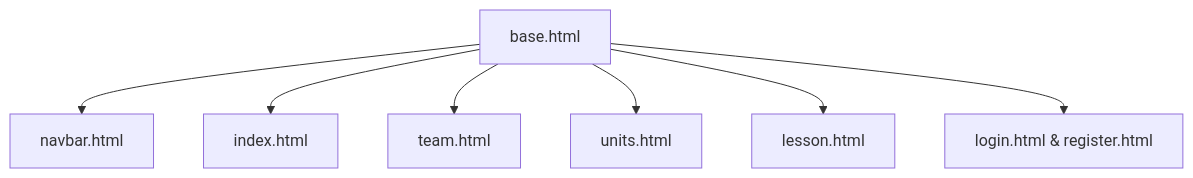
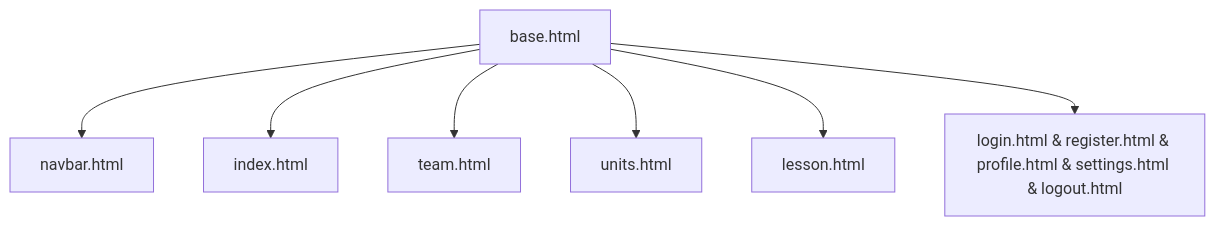
One commit to MICodeProjects/robosite changed the fifth of 5 diagrams in README.md. Above: the diagram before and after it, drawn with Mermaid. The commit also changed other lines of this file and 35 other files, not shown here.

````diff
--- a/README.md
+++ b/README.md
@@ -358,9 +380,9 @@
 ```mermaid
 graph TB
     base[base.html] --> navbar[navbar.html]
     base --> index[index.html]
     base --> teams[team.html]
     base --> units[units.html]
     base --> lessons[lesson.html]
-    base --> auth[login.html & register.html]
+    base --> auth[login.html & register.html & profile.html & settings.html & logout.html]
 ```
````
